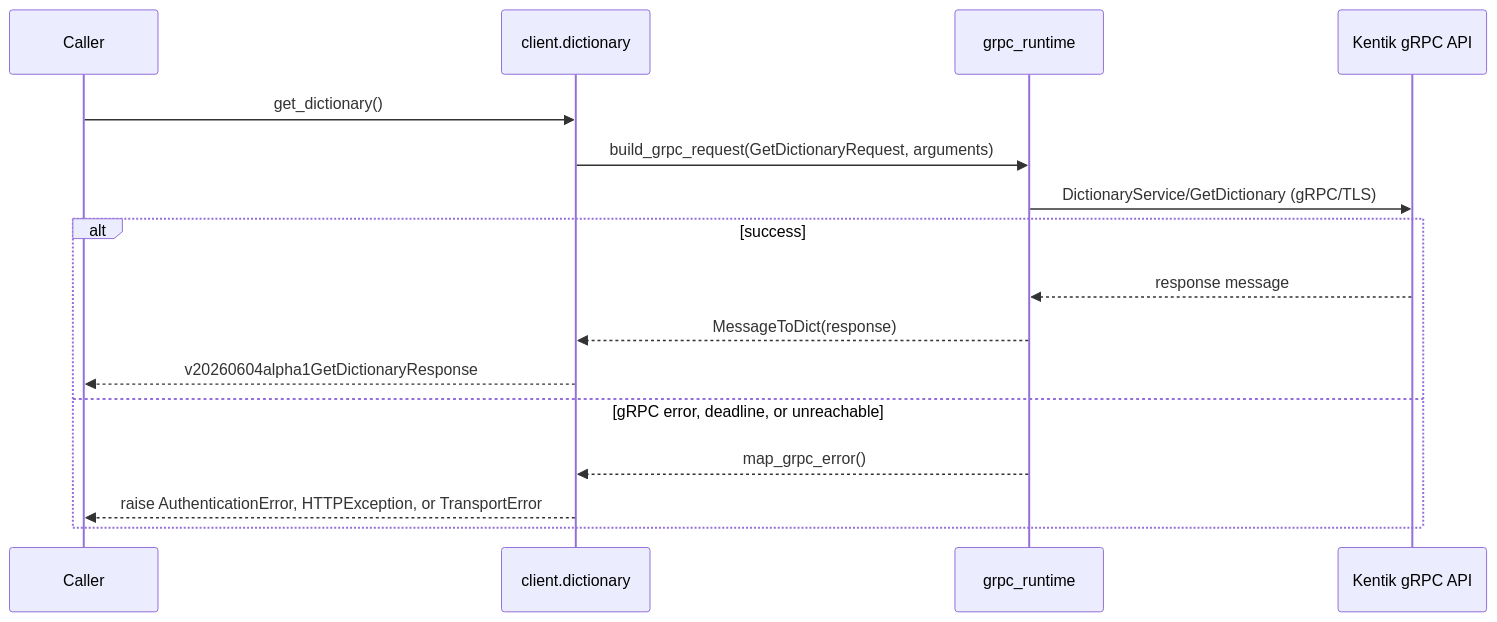
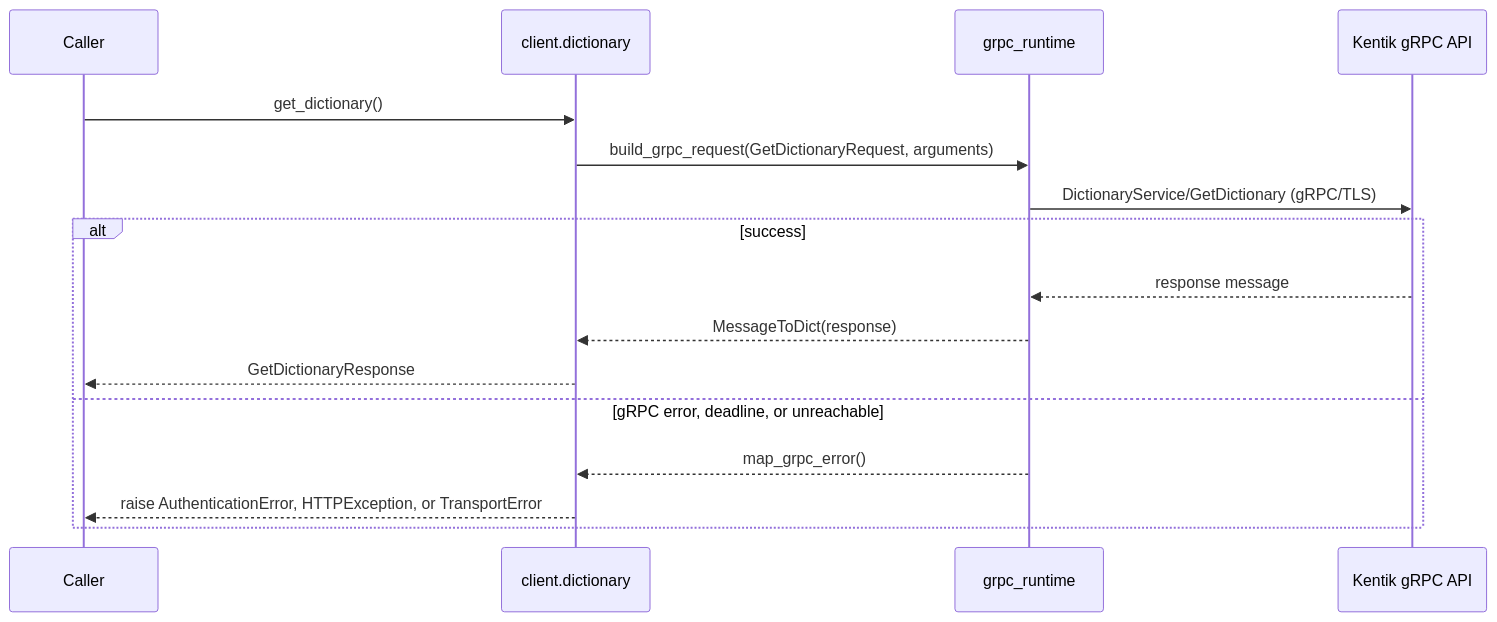
One commit to alexdearaujo/community_sdk_python changed the third of 4 diagrams in docs/sphinx/services/dictionary.md. Above: the diagram before and after it, drawn with Mermaid. The commit also changed other lines of this file and 38 other files, not shown here.

````diff
--- a/docs/sphinx/services/dictionary.md
+++ b/docs/sphinx/services/dictionary.md
@@ -59,19 +59,19 @@
 ```mermaid
 sequenceDiagram
     participant C as Caller
     participant W as client.dictionary
     participant R as grpc_runtime
     participant API as Kentik gRPC API
 
     C->>W: get_dictionary()
     W->>R: build_grpc_request(GetDictionaryRequest, arguments)
     R->>API: DictionaryService/GetDictionary (gRPC/TLS)
     alt success
         API-->>R: response message
         R-->>W: MessageToDict(response)
-        W-->>C: v20260604alpha1GetDictionaryResponse
+        W-->>C: GetDictionaryResponse
     else gRPC error, deadline, or unreachable
         R-->>W: map_grpc_error()
         W-->>C: raise AuthenticationError, HTTPException, or TransportError
     end
 ```
````
